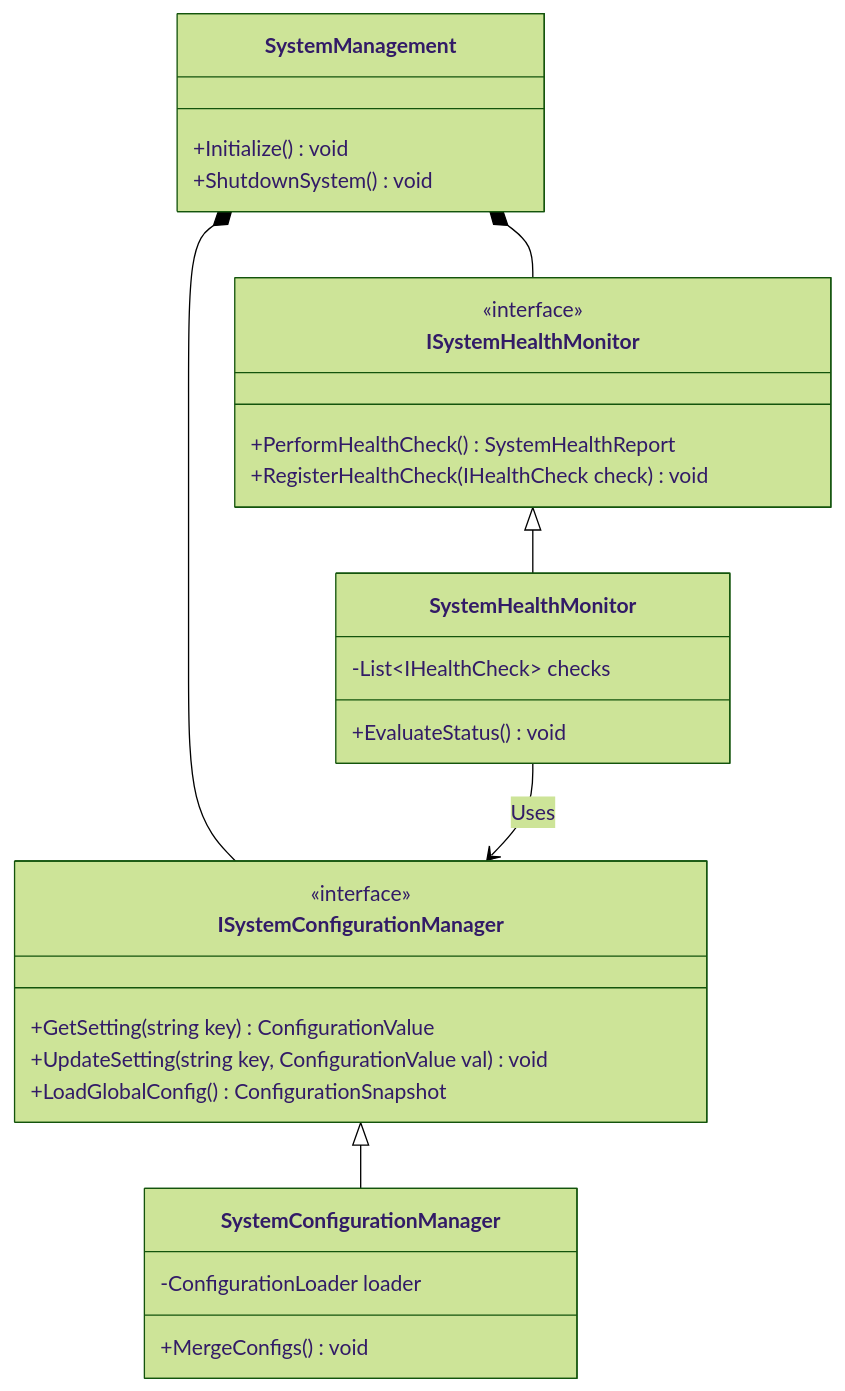
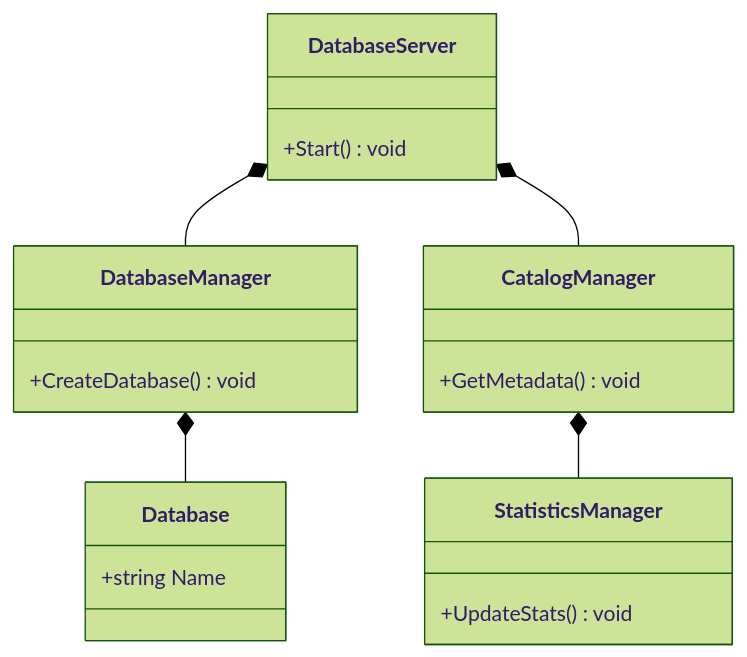
One commit to manaxpow/DBMS changed the seventh of 11 diagrams in README.md. Above: the diagram before and after it, drawn with Mermaid (forest theme). The commit also changed other lines of this file and 147 other files, not shown here.

````diff
--- a/README.md
+++ b/README.md
@@ -811,40 +208,24 @@
 ```mermaid
 classDiagram
     direction TB
-
-    class SystemManagement {
-        +Initialize() void
-        +ShutdownSystem() void
+    class DatabaseServer {
+        +Start() void
+    }
+    class DatabaseManager {
+        +CreateDatabase() void
+    }
+    class Database {
+        +string Name
+    }
+    class CatalogManager {
+        +GetMetadata() void
+    }
+    class StatisticsManager {
+        +UpdateStats() void
     }
 
-    class ISystemConfigurationManager {
-        <<interface>>
-        +GetSetting(string key) ConfigurationValue
-        +UpdateSetting(string key, ConfigurationValue val) void
-        +LoadGlobalConfig() ConfigurationSnapshot
-    }
-    class SystemConfigurationManager {
-        -ConfigurationLoader loader
-        +MergeConfigs() void
-    }
-
-    class ISystemHealthMonitor {
-        <<interface>>
-        +PerformHealthCheck() SystemHealthReport
-        +RegisterHealthCheck(IHealthCheck check) void
-    }
-    class SystemHealthMonitor {
-        -List~IHealthCheck~ checks
-        +EvaluateStatus() void
-    }
-
-
-
-    ISystemConfigurationManager <|-- SystemConfigurationManager
-    ISystemHealthMonitor <|-- SystemHealthMonitor
-
-    SystemManagement *-- ISystemConfigurationManager
-    SystemManagement *-- ISystemHealthMonitor
-
-    SystemHealthMonitor --> ISystemConfigurationManager : Uses
+    DatabaseServer *-- DatabaseManager
+    DatabaseServer *-- CatalogManager
+    DatabaseManager *-- Database
+    CatalogManager *-- StatisticsManager
 ```
````
